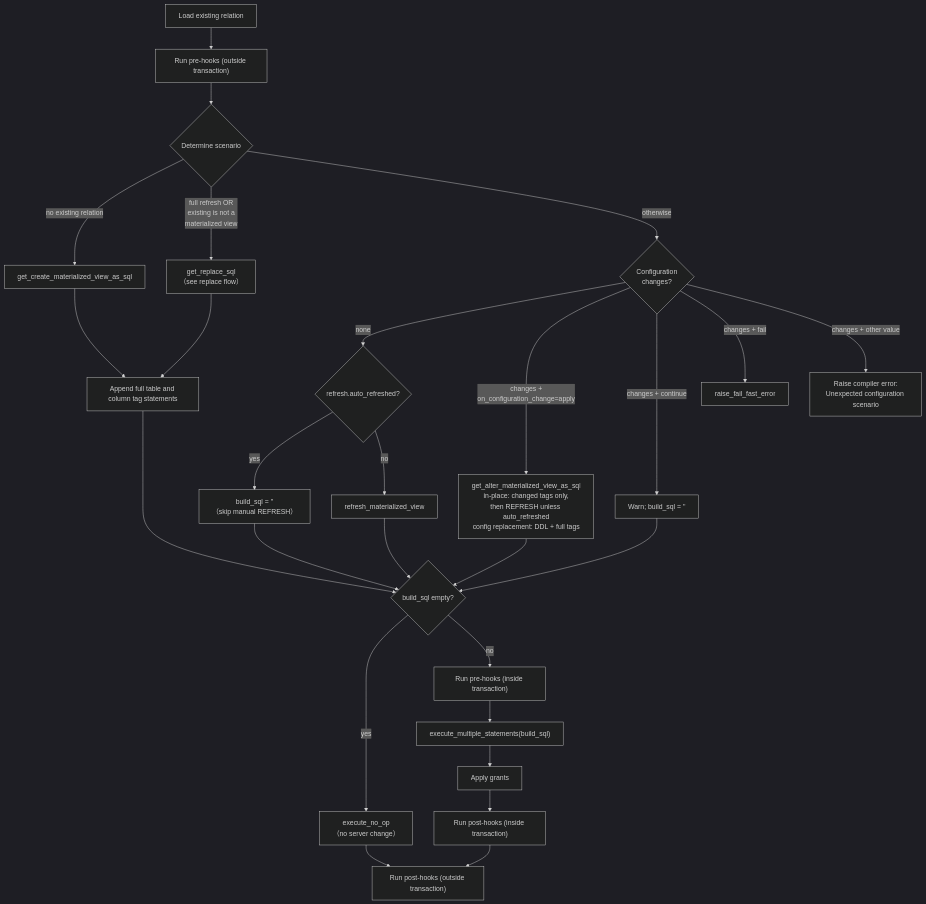
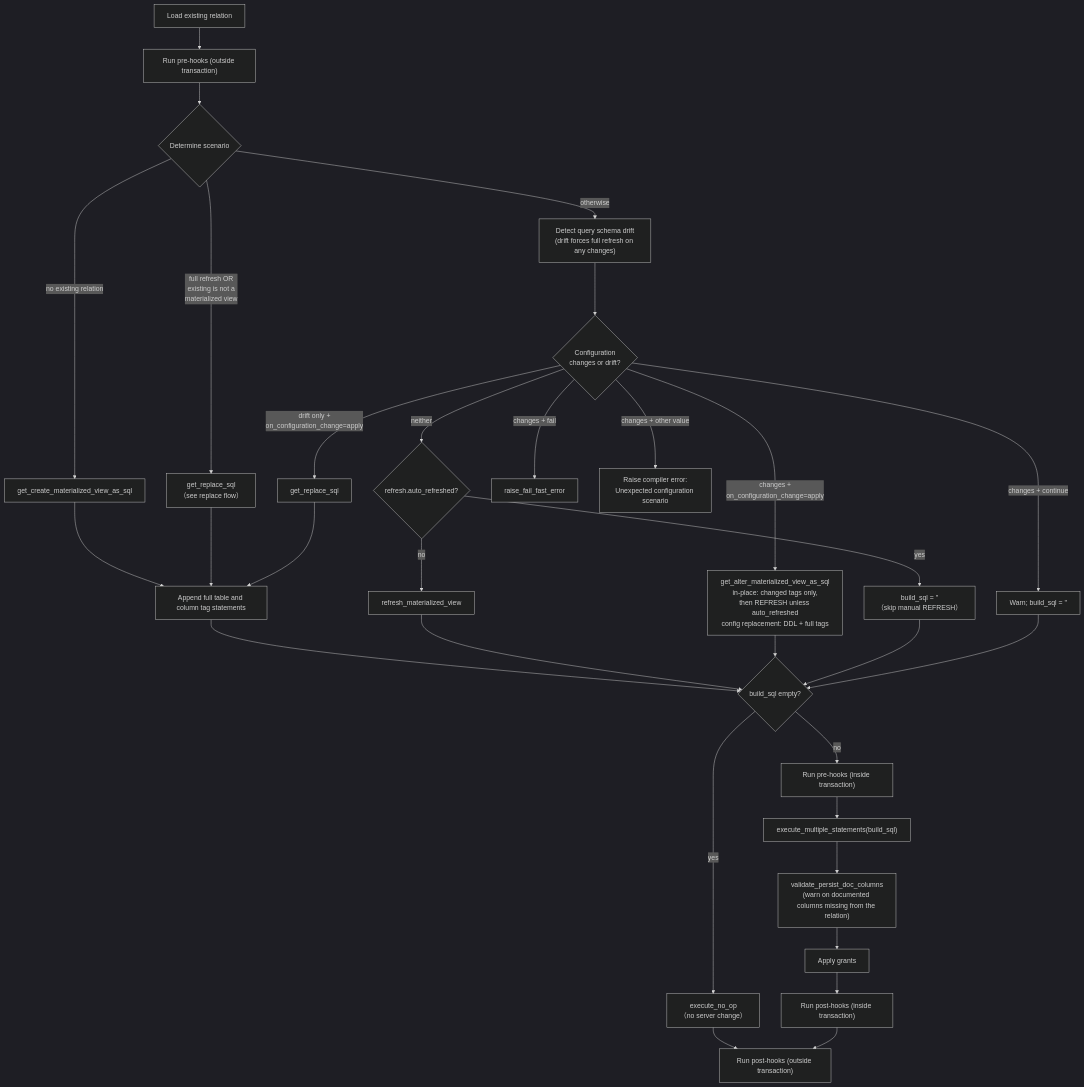
Before and after one commit to databricks/dbt-databricks: the diagram in docs/flow/materialized_view_flow.md, drawn with Mermaid (dark theme). The commit also changed other lines of this file and 89 other files, not shown here.

````diff
--- a/docs/flow/materialized_view_flow.md
+++ b/docs/flow/materialized_view_flow.md
@@ -15,34 +15,38 @@
 ```mermaid
 flowchart TD
     START[Load existing relation] --> PRE["Run pre-hooks (outside transaction)"]
     PRE --> DECIDE{Determine scenario}
 
     DECIDE -- "no existing relation" --> CREATE[get_create_materialized_view_as_sql]
     DECIDE -- "full refresh OR\nexisting is not a\nmaterialized view" --> REPLACE[get_replace_sql\n（see replace flow）]
-    DECIDE -- "otherwise" --> CFG{Configuration\nchanges?}
+    DECIDE -- "otherwise" --> DRIFT["Detect query schema drift<br/>(drift forces full refresh on any changes)"]
+    DRIFT --> CFG{Configuration\nchanges or drift?}
 
-    CFG -- "none" --> AUTO{refresh.auto_refreshed?}
+    CFG -- "neither" --> AUTO{refresh.auto_refreshed?}
+    CFG -- "drift only +\non_configuration_change=apply" --> DRIFTREPLACE[get_replace_sql]
     AUTO -- yes --> NOOPSQL[build_sql = ''\n（skip manual REFRESH）]
     AUTO -- no --> REFRESH[refresh_materialized_view]
 
     CFG -- "changes +\non_configuration_change=apply" --> ALTER["get_alter_materialized_view_as_sql<br/>in-place: changed tags only,<br/>then REFRESH unless auto_refreshed<br/>config replacement: DDL + full tags"]
     CFG -- "changes + continue" --> WARN[Warn; build_sql = '']
     CFG -- "changes + fail" --> FAIL[raise_fail_fast_error]
     CFG -- "changes + other value" --> INVALID["Raise compiler error:<br/>Unexpected configuration scenario"]
 
     CREATE --> TAGS[Append full table and column tag statements]
     REPLACE --> TAGS
+    DRIFTREPLACE --> TAGS
     TAGS --> CHECK
     REFRESH --> CHECK
     ALTER --> CHECK
     NOOPSQL --> CHECK
     WARN --> CHECK
     CHECK{build_sql empty?}
     CHECK -- yes --> NOOP[execute_no_op\n（no server change）]
     CHECK -- no --> INTX["Run pre-hooks (inside transaction)"]
     INTX --> EXEC["execute_multiple_statements(build_sql)"]
-    EXEC --> GRANTS[Apply grants]
+    EXEC --> DOCS["validate_persist_doc_columns<br/>(warn on documented columns missing from the relation)"]
+    DOCS --> GRANTS[Apply grants]
     GRANTS --> POSTIN["Run post-hooks (inside transaction)"]
     NOOP --> POSTOUT
     POSTIN --> POSTOUT["Run post-hooks (outside transaction)"]
 ```
````
